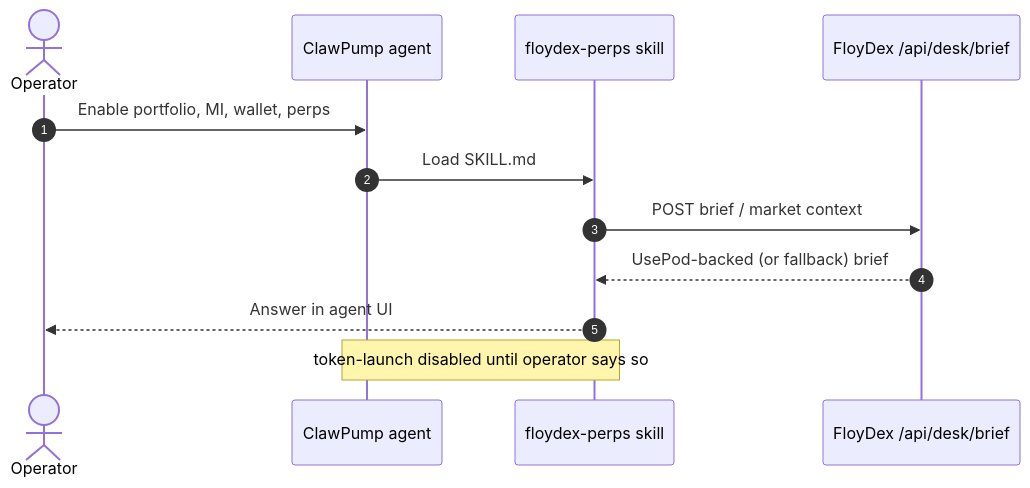
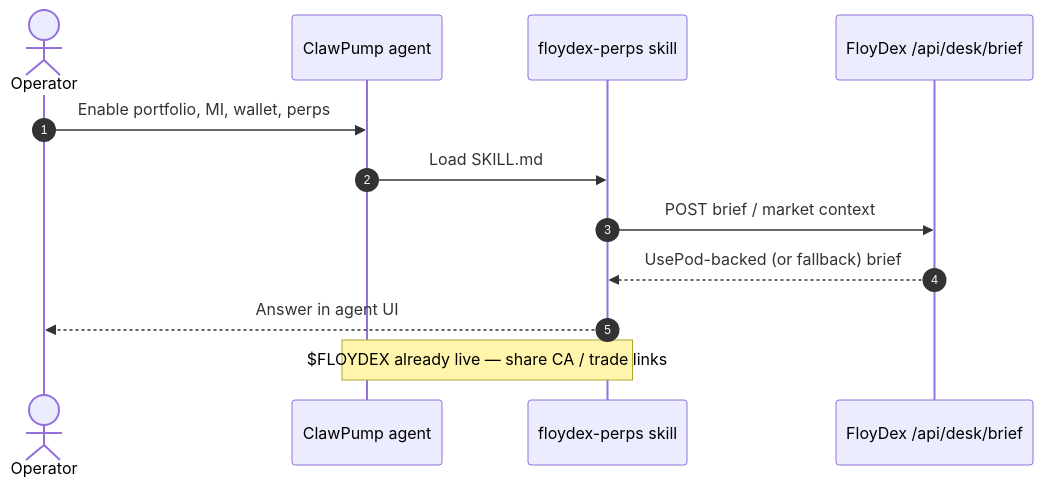
Before and after one commit to FloyDex/FloyDex-Alpha: the sixth of 7 diagrams in README.md, drawn with Mermaid. The commit also changed other lines of this file and 16 other files, not shown here.

Commit message:
Publish live $FLOYDEX mint and trade links across desk, docs, and skills.

````diff
--- a/README.md
+++ b/README.md
@@ -355,15 +367,15 @@
 ```mermaid
 sequenceDiagram
   autonumber
   actor Operator
   participant Claw as ClawPump agent
   participant Skill as floydex-perps skill
   participant Desk as FloyDex /api/desk/brief
 
   Operator->>Claw: Enable portfolio, MI, wallet, perps
   Claw->>Skill: Load SKILL.md
   Skill->>Desk: POST brief / market context
   Desk-->>Skill: UsePod-backed (or fallback) brief
   Skill-->>Operator: Answer in agent UI
-  Note over Claw,Skill: token-launch disabled until operator says so
+  Note over Claw,Skill: $FLOYDEX already live — share CA / trade links
 ```
````
